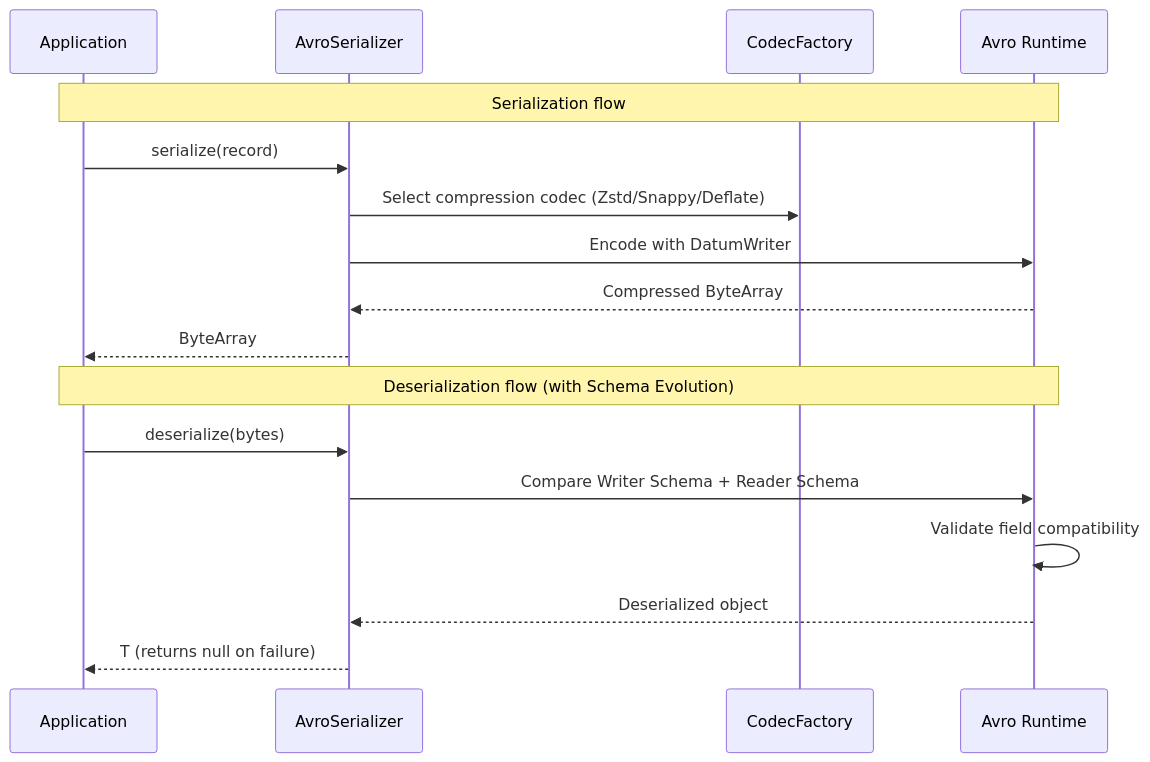
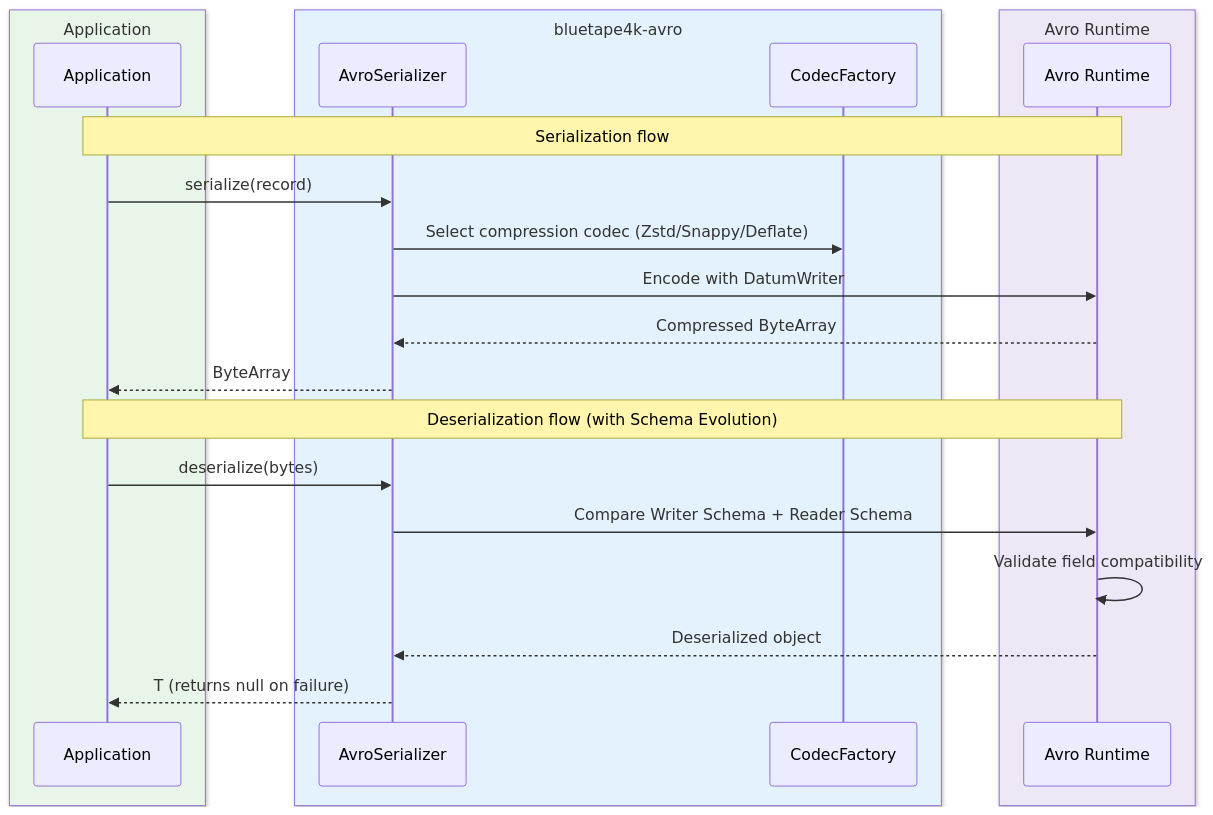
One commit to bluetape4k/bluetape4k-projects changed the second of 3 diagrams in io/avro/README.md. Above: the diagram before and after it, drawn with Mermaid. The commit also changed other lines of this file and 221 other files, not shown here.

First line of the commit message:
docs: 전체 모듈 README UML 다이어그램 보강 및 색상 업그레이드

````diff
--- a/io/avro/README.md
+++ b/io/avro/README.md
@@ -178,21 +185,27 @@
 ```mermaid
 sequenceDiagram
-    participant App as Application
-    participant S as AvroSerializer
-    participant C as CodecFactory
-    participant A as Avro Runtime
+    box rgb(232, 245, 233) Application
+        participant App as Application
+    end
+    box rgb(227, 242, 253) bluetape4k-avro
+        participant S as AvroSerializer
+        participant C as CodecFactory
+    end
+    box rgb(237, 231, 246) Avro Runtime
+        participant A as Avro Runtime
+    end
 
     Note over App,A: Serialization flow
     App->>S: serialize(record)
     S->>C: Select compression codec (Zstd/Snappy/Deflate)
     S->>A: Encode with DatumWriter
     A-->>S: Compressed ByteArray
     S-->>App: ByteArray
 
     Note over App,A: Deserialization flow (with Schema Evolution)
     App->>S: deserialize(bytes)
     S->>A: Compare Writer Schema + Reader Schema
     A->>A: Validate field compatibility
     A-->>S: Deserialized object
     S-->>App: T (returns null on failure)
 ```
````
